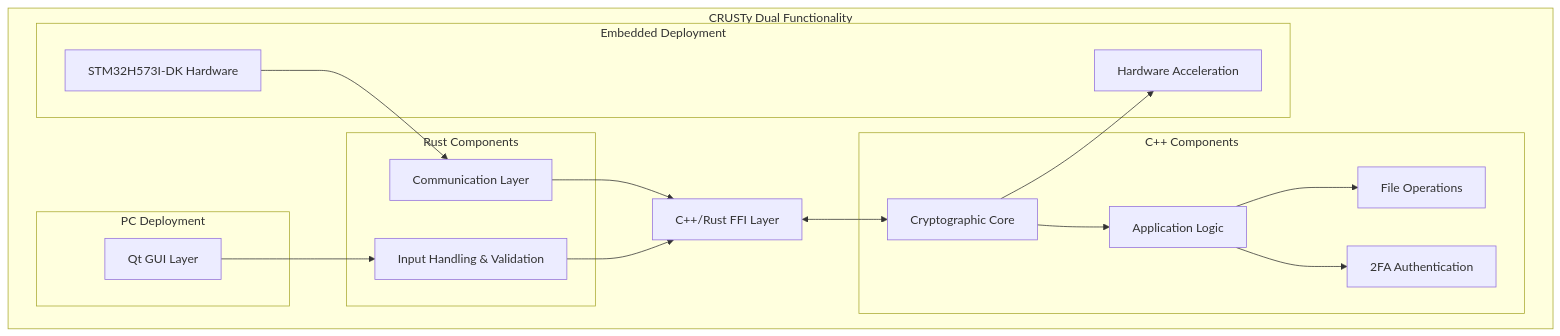
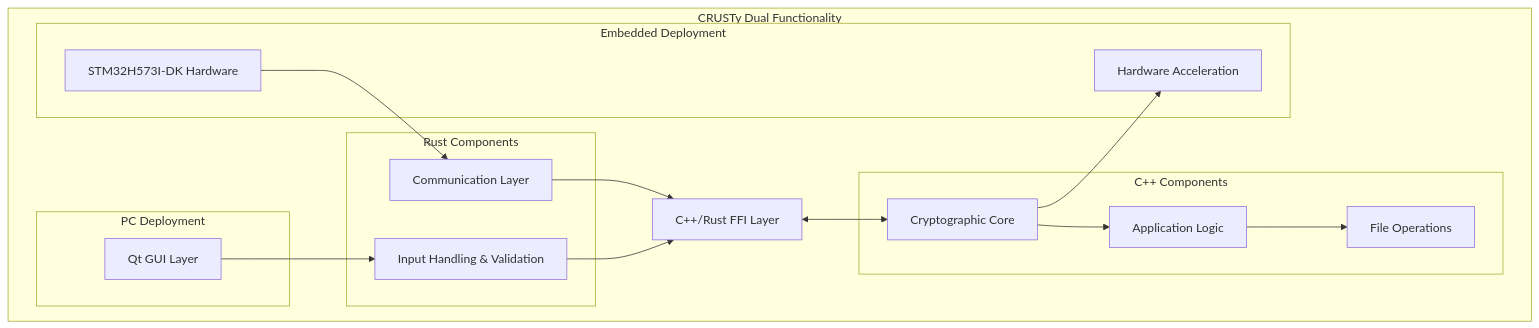
Before and after one commit to shahern004/CRUSTy-Core: the first of 2 diagrams in Documentation/CRUSTy_Development_Plan.md, drawn with Mermaid. The commit also changed other lines of this file and 6 other files, not shown here.

````diff
--- a/Documentation/CRUSTy_Development_Plan.md
+++ b/Documentation/CRUSTy_Development_Plan.md
@@ -16,38 +32,36 @@
 ```mermaid
 graph TD
     subgraph "CRUSTy Dual Functionality"
         subgraph "Rust Components"
             RustInput[Input Handling & Validation]
             RustComm[Communication Layer]
         end
         
         subgraph "C++ Components"
             CppCrypto[Cryptographic Core]
             AppLogic[Application Logic]
             FileOps[File Operations]
-            AuthModule[2FA Authentication]
         end
         
         subgraph "PC Deployment"
             QtGUI[Qt GUI Layer]
         end
         
         subgraph "Embedded Deployment"
             EmbeddedHW[STM32H573I-DK Hardware]
             HWAccel[Hardware Acceleration]
         end
         
         FFI[C++/Rust FFI Layer]
         
         QtGUI --> RustInput
         RustInput --> FFI
         RustComm --> FFI
         FFI <--> CppCrypto
         CppCrypto --> AppLogic
         AppLogic --> FileOps
-        AppLogic --> AuthModule
         
         EmbeddedHW --> RustComm
         CppCrypto --> HWAccel
     end
 ```
````
